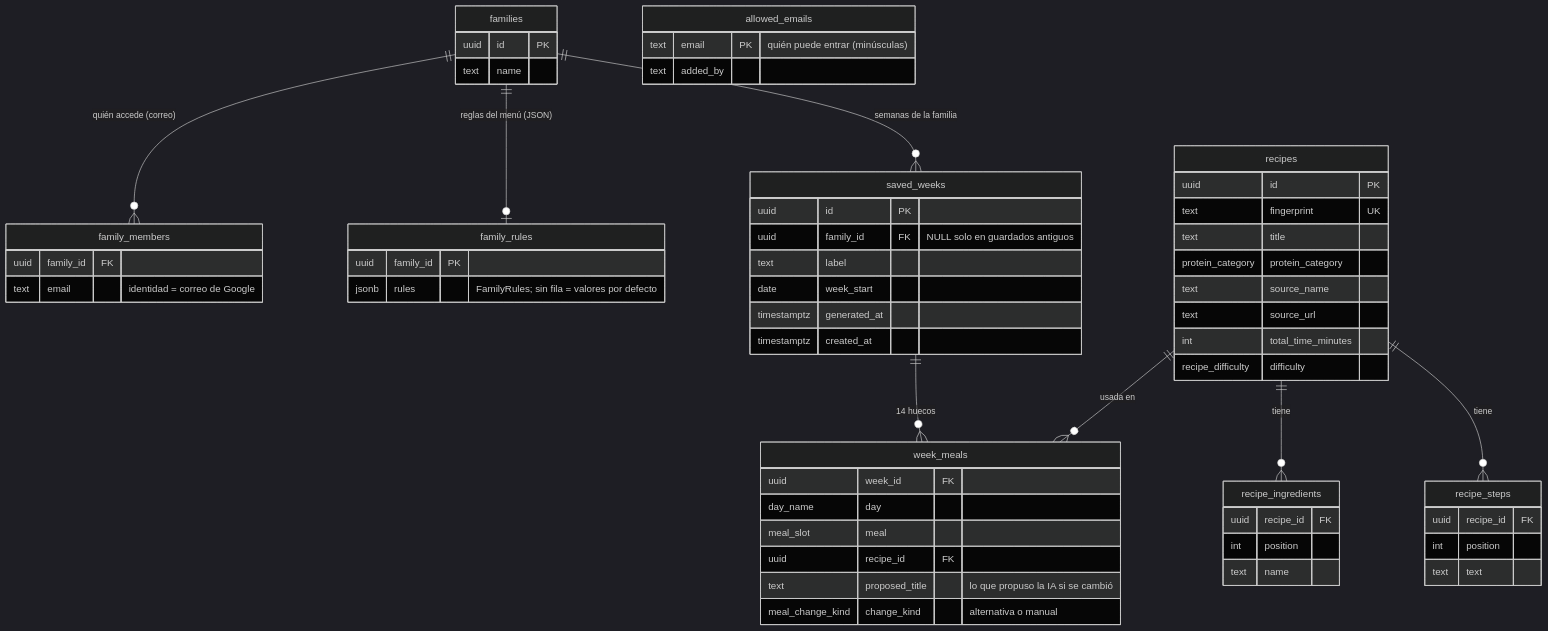
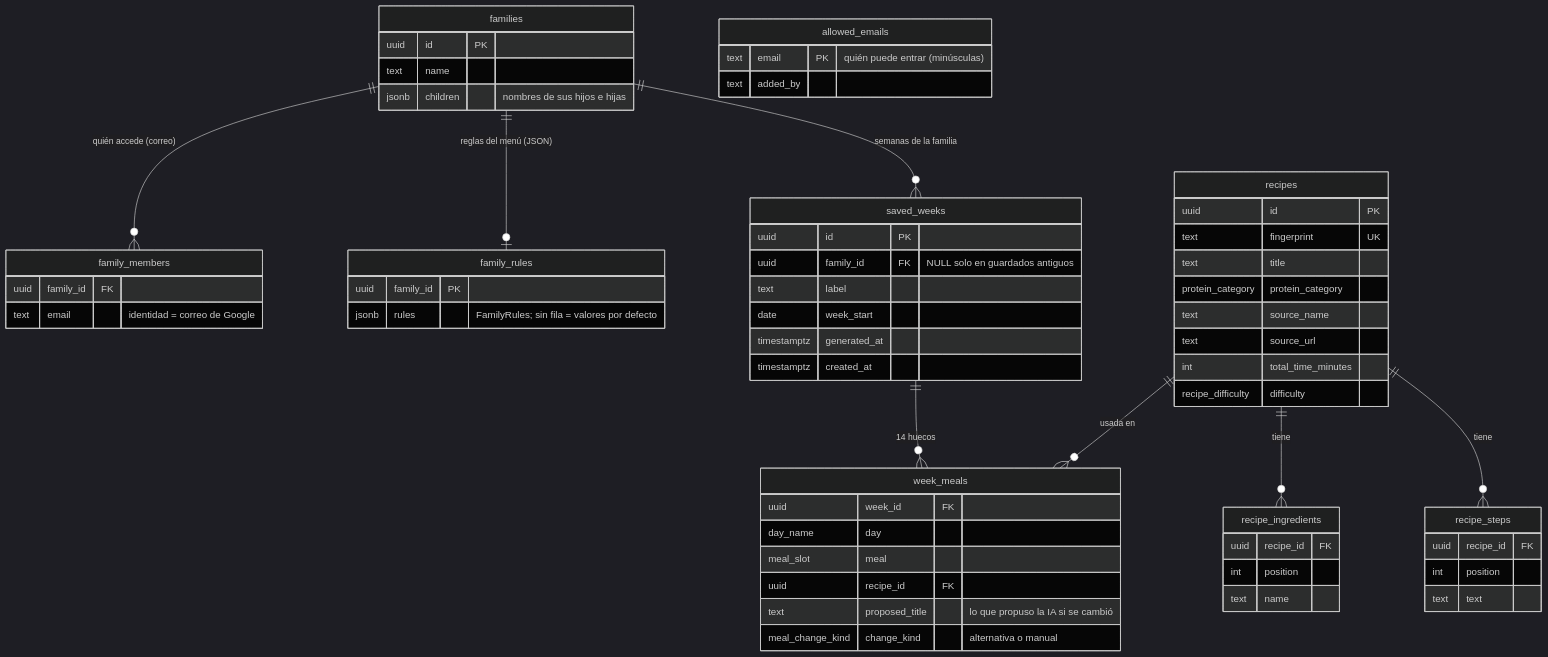
Before and after one commit to borjarfp/mesamia: the fourth of 4 diagrams in docs/arquitectura.md, drawn with Mermaid (dark theme). The commit also changed other lines of this file and 28 other files, not shown here.

````diff
--- a/docs/arquitectura.md
+++ b/docs/arquitectura.md
@@ -145,63 +145,64 @@
 ```mermaid
 erDiagram
   families ||--o{ family_members : "quién accede (correo)"
   allowed_emails {
     text email PK "quién puede entrar (minúsculas)"
     text added_by
   }
   families ||--o| family_rules : "reglas del menú (JSON)"
   families ||--o{ saved_weeks : "semanas de la familia"
   saved_weeks ||--o{ week_meals : "14 huecos"
   recipes ||--o{ week_meals : "usada en"
   recipes ||--o{ recipe_ingredients : "tiene"
   recipes ||--o{ recipe_steps : "tiene"
 
   families {
     uuid id PK
     text name
+    jsonb children "nombres de sus hijos e hijas"
   }
   family_rules {
     uuid family_id PK
     jsonb rules "FamilyRules; sin fila = valores por defecto"
   }
   family_members {
     uuid family_id FK
     text email "identidad = correo de Google"
   }
   saved_weeks {
     uuid id PK
     uuid family_id FK "NULL solo en guardados antiguos"
     text label
     date week_start
     timestamptz generated_at
     timestamptz created_at
   }
   week_meals {
     uuid week_id FK
     day_name day
     meal_slot meal
     uuid recipe_id FK
     text proposed_title "lo que propuso la IA si se cambió"
     meal_change_kind change_kind "alternativa o manual"
   }
   recipes {
     uuid id PK
     text fingerprint UK
     text title
     protein_category protein_category
     text source_name
     text source_url
     int total_time_minutes
     recipe_difficulty difficulty
   }
   recipe_ingredients {
     uuid recipe_id FK
     int position
     text name
   }
   recipe_steps {
     uuid recipe_id FK
     int position
     text text
   }
 ```
````
